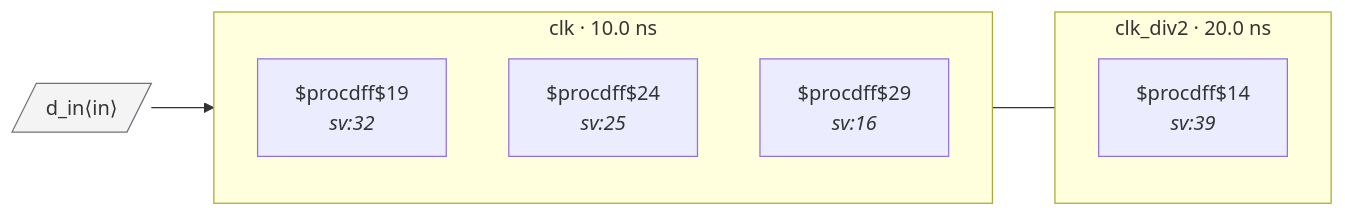
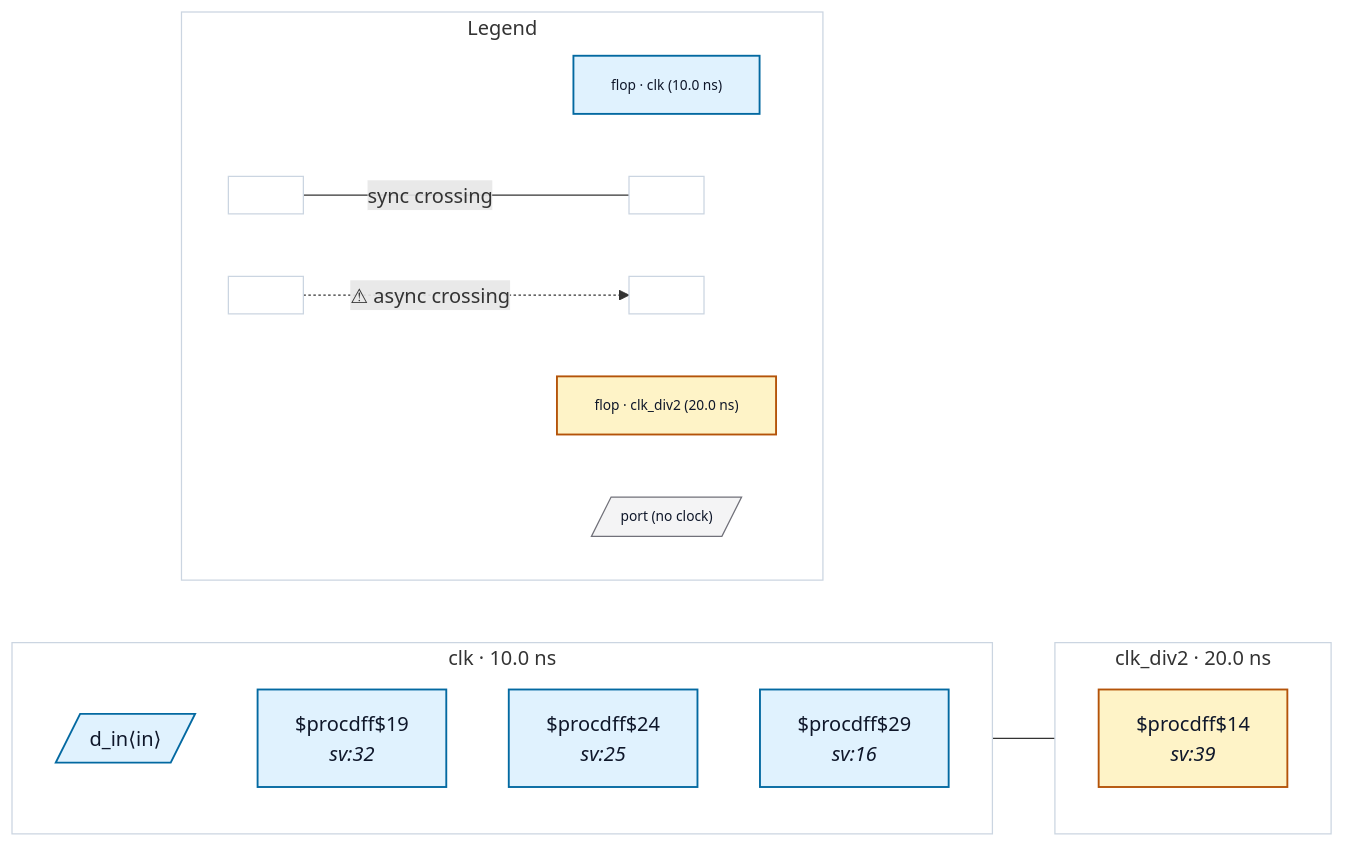
The diagram in tests/fixtures/good_generated_clock_div2/README.md (rtl-buddy/rtl-buddy-cdc), drawn with Mermaid before and after one commit. The commit also changed 71 other files, not shown here.

First line of the commit message:
Refresh fixture READMEs + render iterations (colors, legend, nested ports, clock-net edges)

````diff
--- a/tests/fixtures/good_generated_clock_div2/README.md
+++ b/tests/fixtures/good_generated_clock_div2/README.md
@@ -14,18 +14,42 @@
 ```mermaid
 %% good_generated_clock_div2 — generated by rtl-buddy-cdc render
 flowchart LR
   subgraph clk_clk["clk · 10.0 ns"]
     direction TB
-    f_ac60f560["$procdff$19<br/><i>sv:32</i>"]
-    f_5886f746["$procdff$24<br/><i>sv:25</i>"]
-    f_3a8d22d6["$procdff$29<br/><i>sv:16</i>"]
+    p_in_d_in[/"d_in⟨in⟩"/]:::ckcls_clk
+    f_ac60f560["$procdff$19<br/><i>sv:32</i>"]:::ckcls_clk
+    f_5886f746["$procdff$24<br/><i>sv:25</i>"]:::ckcls_clk
+    f_3a8d22d6["$procdff$29<br/><i>sv:16</i>"]:::ckcls_clk
   end
   subgraph clk_clk_div2["clk_div2 · 20.0 ns"]
     direction TB
-    f_cb10750f["$procdff$14<br/><i>sv:39</i>"]
+    f_cb10750f["$procdff$14<br/><i>sv:39</i>"]:::ckcls_clk_div2
   end
-  p_in_d_in[/"d_in⟨in⟩"/]:::port
-  p_in_d_in --> f_ac60f560
   f_ac60f560 --- f_cb10750f
-  classDef port fill:#f4f4f5,stroke:#71717a
+  subgraph rb_legend["Legend"]
+    direction LR
+    lg_clk_clk["flop · clk (10.0 ns)"]:::ckcls_clk
+    lg_clk_clk_div2["flop · clk_div2 (20.0 ns)"]:::ckcls_clk_div2
+    lg_port[/"port (no clock)"/]:::port_unassigned
+    lg_sync_a[" "]:::ckcls_legend_neutral
+    lg_sync_b[" "]:::ckcls_legend_neutral
+    lg_async_a[" "]:::ckcls_legend_neutral
+    lg_async_b[" "]:::ckcls_legend_neutral
+    lg_sync_a --- |"sync crossing"| lg_sync_b
+    lg_async_a -. "⚠ async crossing" .-> lg_async_b
+  end
+  style clk_clk fill:none,stroke:#cbd5e1
+  style clk_clk_div2 fill:none,stroke:#cbd5e1
+  style rb_legend fill:none,stroke:#cbd5e1
+  style lg_clk_clk font-size:11px
+  style lg_clk_clk_div2 font-size:11px
+  style lg_port font-size:11px
+  style lg_sync_a font-size:11px
+  style lg_sync_b font-size:11px
+  style lg_async_a font-size:11px
+  style lg_async_b font-size:11px
+  classDef ckcls_clk fill:#e0f2fe,stroke:#0369a1,stroke-width:1.5px,color:#0f172a
+  classDef ckcls_clk_div2 fill:#fef3c7,stroke:#b45309,stroke-width:1.5px,color:#0f172a
+  classDef port_unassigned fill:#f4f4f5,stroke:#71717a,color:#0f172a
+  classDef ckcls_legend_neutral fill:#ffffff,stroke:#cbd5e1,stroke-width:1px,color:#0f172a
 ```
````
